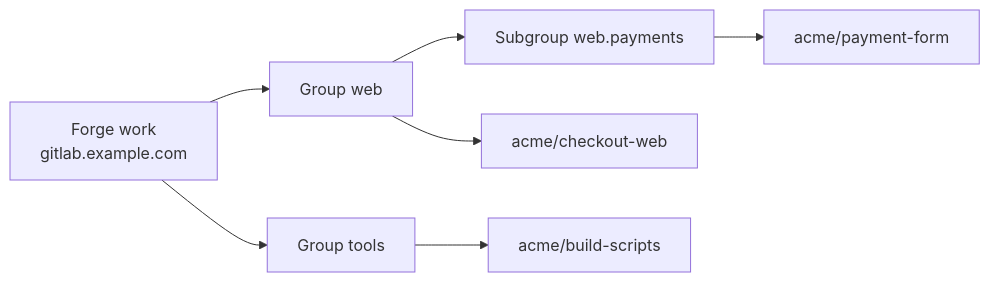
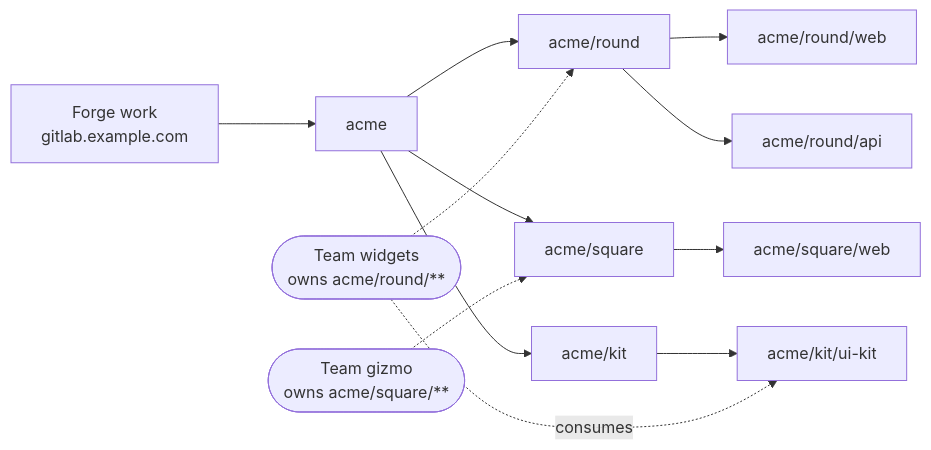
The first of 2 diagrams in docs/src/content/docs/start/concepts/fleet.mdx (holtkeeper/holtkeeper), drawn with Mermaid before and after one commit. The commit also changed other lines of this file and 666 other files, not shown here.

````diff
--- a/docs/src/content/docs/start/concepts/fleet.mdx
+++ b/docs/src/content/docs/start/concepts/fleet.mdx
@@ -12,9 +12,14 @@
 ```mermaid
 flowchart LR
-  F["Forge work<br/>gitlab.example.com"] --> G1["Group web"]
-  F --> G2["Group tools"]
-  G1 --> S1["Subgroup web.payments"]
-  G1 --> R1["acme/checkout-web"]
-  S1 --> R2["acme/payment-form"]
-  G2 --> R3["acme/build-scripts"]
+  F["Forge work<br/>gitlab.example.com"] --> A["acme"]
+  A --> R["acme/round"]
+  A --> Q["acme/square"]
+  A --> K["acme/kit"]
+  R --> R1["acme/round/web"]
+  R --> R2["acme/round/api"]
+  Q --> Q1["acme/square/web"]
+  K --> K1["acme/kit/ui-kit"]
+  W(["Team widgets<br/>owns acme/round/**"]) -.-> R
+  G(["Team gizmo<br/>owns acme/square/**"]) -.-> Q
+  W -.consumes.-> K1
 ```
````
